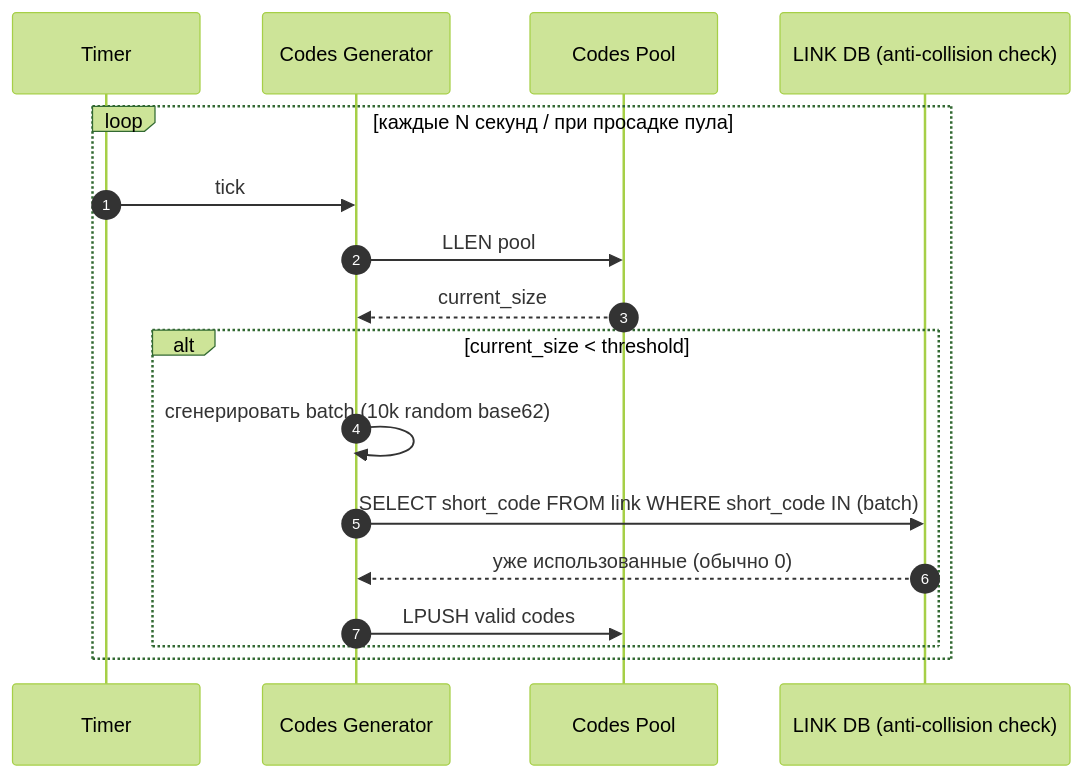
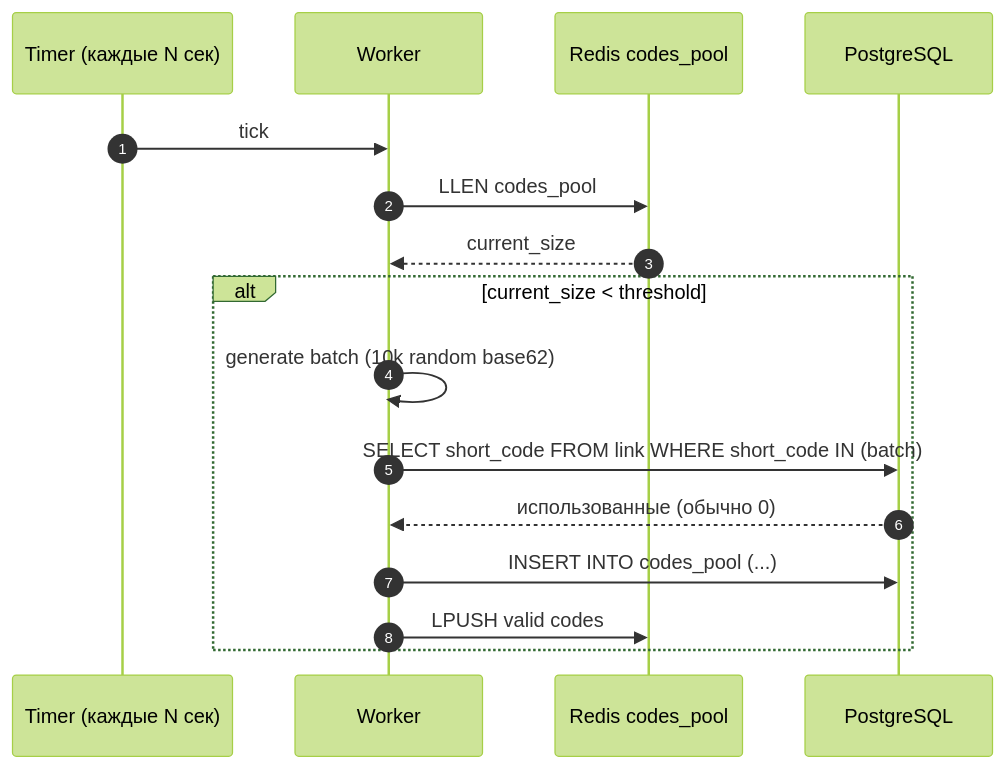
The seventh of 9 diagrams in README.md (f1yToMoon/url_shortener), drawn with Mermaid (forest theme) before and after one commit. The commit also changed other lines of this file, not shown here.

````diff
--- a/README.md
+++ b/README.md
@@ -361,20 +435,19 @@
 ```mermaid
 sequenceDiagram
   autonumber
-  participant T as Timer
-  participant G as Codes Generator
-  participant Pool as Codes Pool
-  participant DB as LINK DB (anti-collision check)
+  participant T as Timer (каждые N сек)
+  participant W as Worker
+  participant Pool as Redis codes_pool
+  participant PG as PostgreSQL
 
-  loop каждые N секунд / при просадке пула
-    T->>G: tick
-    G->>Pool: LLEN pool
-    Pool-->>G: current_size
-    alt current_size < threshold
-      G->>G: сгенерировать batch (10k random base62)
-      G->>DB: SELECT short_code FROM link WHERE short_code IN (batch)
-      DB-->>G: уже использованные (обычно 0)
-      G->>Pool: LPUSH valid codes
-    end
+  T->>W: tick
+  W->>Pool: LLEN codes_pool
+  Pool-->>W: current_size
+  alt current_size < threshold
+    W->>W: generate batch (10k random base62)
+    W->>PG: SELECT short_code FROM link WHERE short_code IN (batch)
+    PG-->>W: использованные (обычно 0)
+    W->>PG: INSERT INTO codes_pool (...)
+    W->>Pool: LPUSH valid codes
   end
 ```
````
